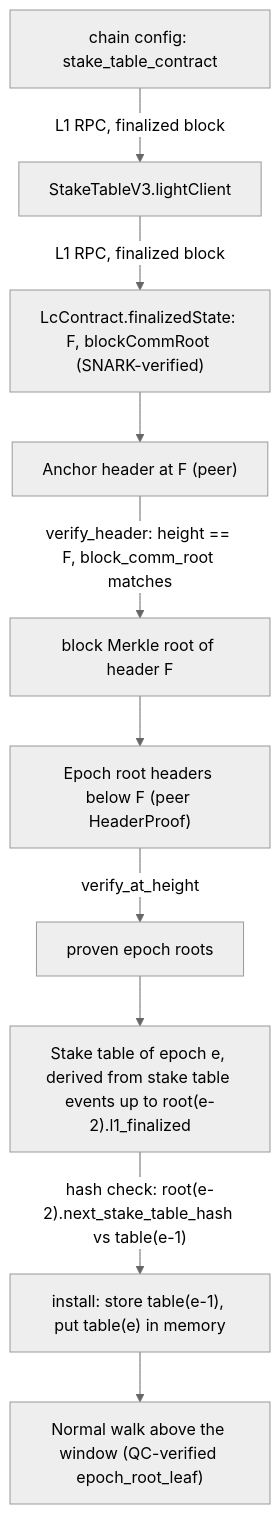
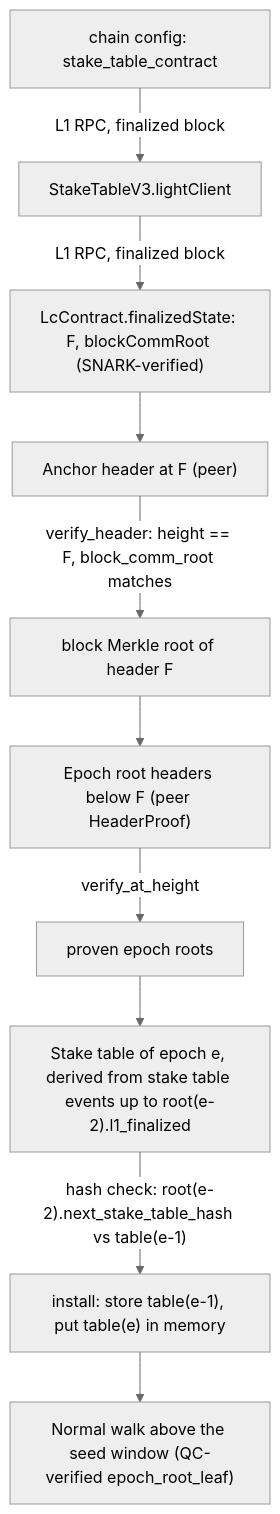
Before and after one commit to EspressoSystems/espresso-network: the diagram in doc/stake-table-catchup-trust-chain.md, drawn with Mermaid (neutral theme). The commit also changed other lines of this file, not shown here.

````diff
--- a/doc/stake-table-catchup-trust-chain.md
+++ b/doc/stake-table-catchup-trust-chain.md
@@ -46,12 +46,12 @@
 ```mermaid
 flowchart TD
     CC[chain config: stake_table_contract] -->|L1 RPC, finalized block| ST[StakeTableV3.lightClient]
     ST -->|L1 RPC, finalized block| LC["LcContract.finalizedState: F, blockCommRoot (SNARK-verified)"]
     LC --> A["Anchor header at F (peer)"]
     A -->|"verify_header: height == F, block_comm_root matches"| AR[block Merkle root of header F]
     AR --> P["Epoch root headers below F (peer HeaderProof)"]
     P -->|verify_at_height| R[proven epoch roots]
     R --> T["Stake table of epoch e, derived from stake table events up to root(e-2).l1_finalized"]
     T -->|"hash check: root(e-2).next_stake_table_hash vs table(e-1)"| I["install: store table(e-1), put table(e) in memory"]
-    I --> W["Normal walk above the window (QC-verified epoch_root_leaf)"]
+    I --> W["Normal walk above the seed window (QC-verified epoch_root_leaf)"]
 ```
````
